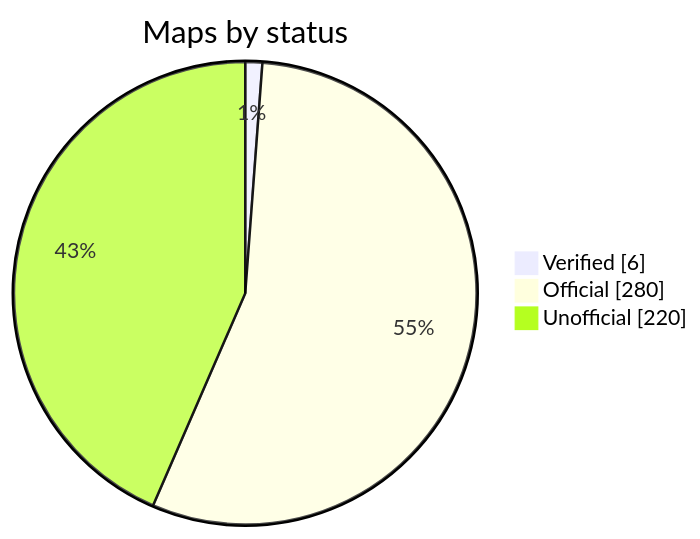
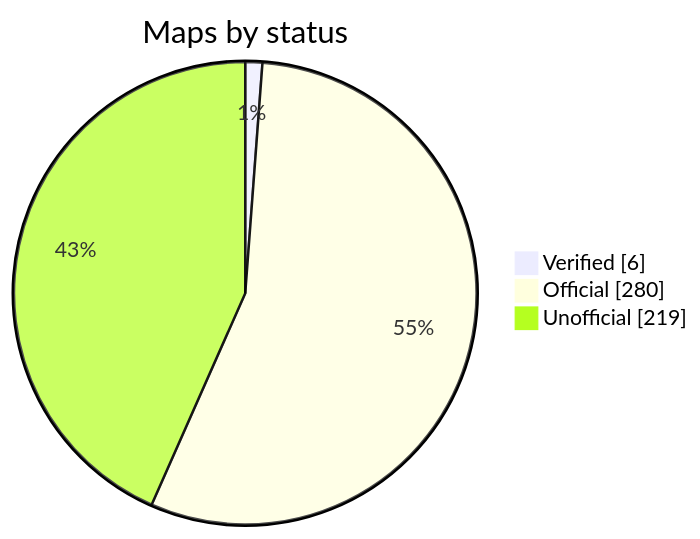
Before and after one commit to nobrega8/mbmap-library: the diagram in README.md, drawn with Mermaid. The commit also changed 2 other files, not shown here.

Commit message:
Remove the PM5000 / PM5200 map: the official PM5100 / PM5300 map covers it (#107)

````diff
--- a/README.md
+++ b/README.md
@@ -48,7 +48,7 @@
 ```mermaid
 pie showData
     title Maps by status
     "Verified" : 6
     "Official" : 280
-    "Unofficial" : 220
+    "Unofficial" : 219
 ```
````
